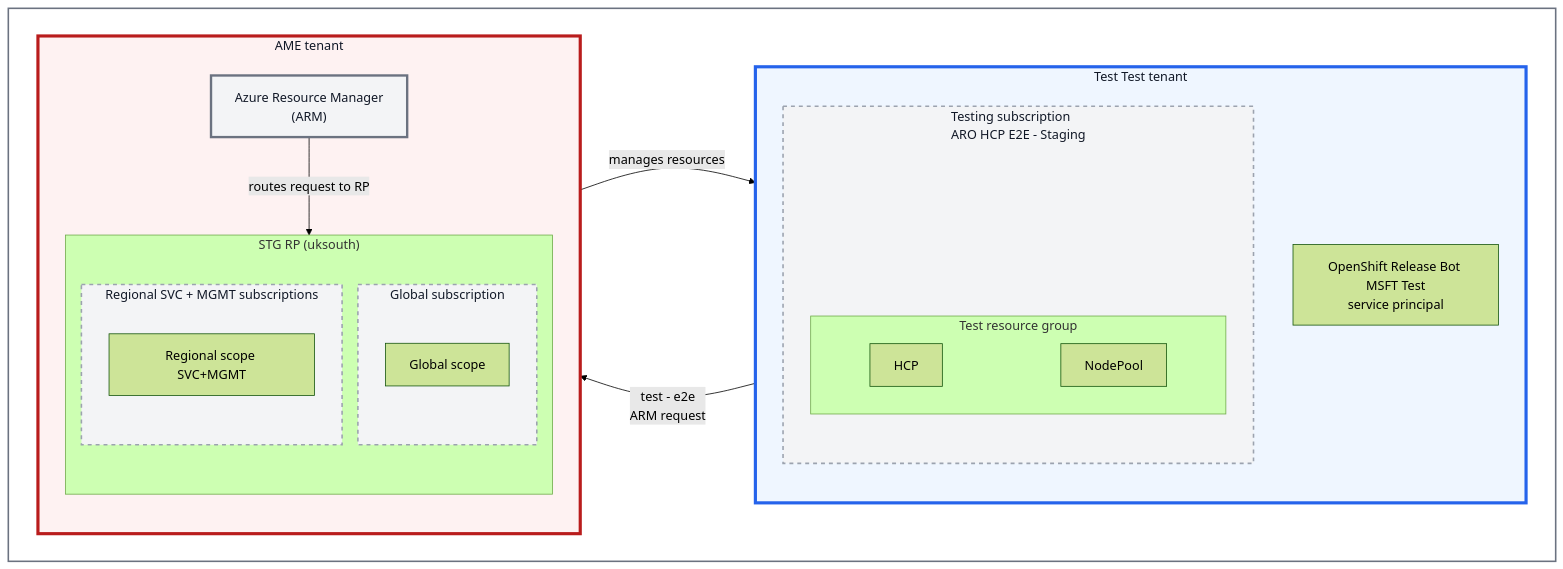
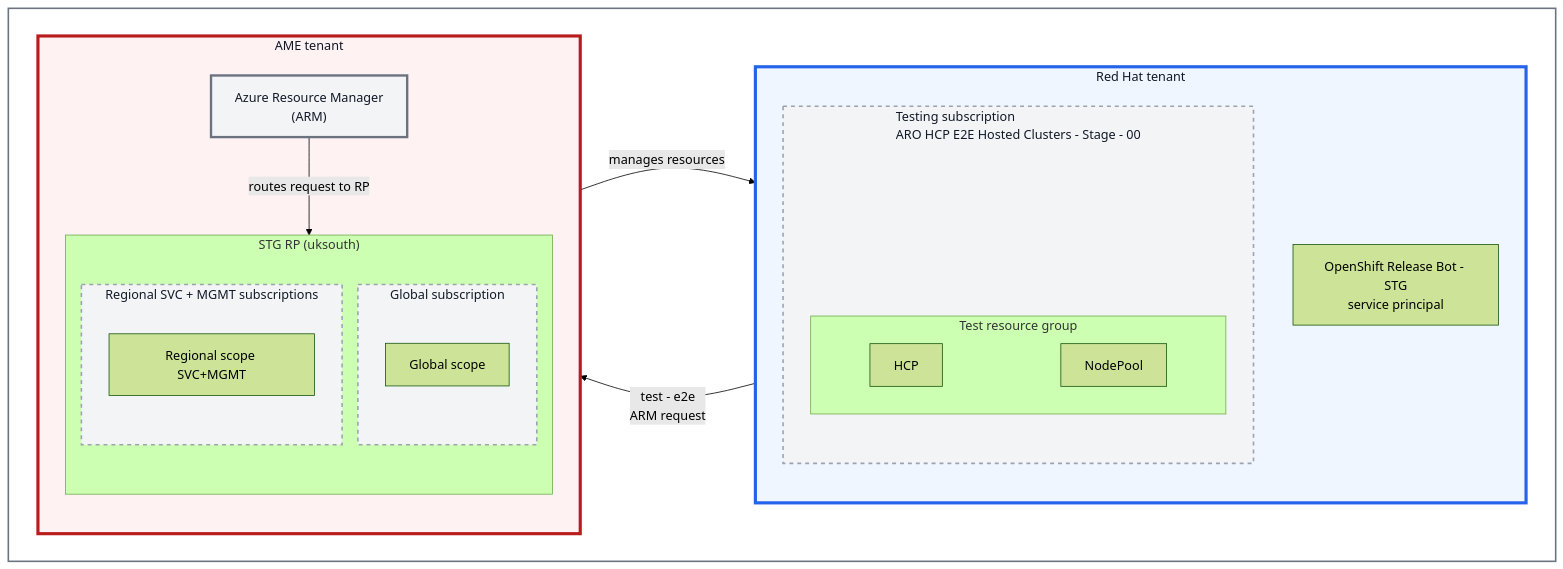
Before and after one commit to Azure/ARO-HCP: the third of 4 diagrams in docs/ci/execution.md, drawn with Mermaid (forest theme). The commit also changed other lines of this file and 4 other files, not shown here.

````diff
--- a/docs/ci/execution.md
+++ b/docs/ci/execution.md
@@ -188,43 +188,43 @@
 ```mermaid
 flowchart LR
     subgraph stgChart[" "]
         direction LR
-        subgraph stgTestTenant["Test Test tenant"]
+        subgraph stgTestTenant["Red Hat tenant"]
             direction TB
-            stgId["OpenShift Release Bot MSFT Test<br/>service principal"]
-            subgraph stgTestSub["Testing subscription<br/>ARO HCP E2E - Staging"]
+            stgId["OpenShift Release Bot - STG<br/>service principal"]
+            subgraph stgTestSub["Testing subscription<br/>ARO HCP E2E Hosted Clusters - Stage - 00"]
                 direction TB
                 stgTestSubPad[".<br/>."]
                 subgraph stgRg["Test resource group"]
                     direction LR
                     stgHcp["HCP"]
                     stgNodePool["NodePool"]
                     stgHcp ~~~ stgNodePool
                 end
                 stgTestSubPad ~~~ stgRg
             end
         end
         subgraph stgSvcTenant["AME tenant"]
             direction TB
             stgArm["Azure Resource Manager<br/>(ARM)"]
             subgraph stgRp["STG RP (uksouth)"]
                 direction TB
                 subgraph stgGlobalSub["Global subscription"]
                     stgGlobal["Global scope"]
                 end
                 subgraph stgRegionalSubs["Regional SVC + MGMT subscriptions"]
                     stgRegional["Regional scope SVC+MGMT"]
                 end
             end
         end
         stgId -->|"test - e2e<br/>ARM request"| stgArm -->|"routes request to RP"| stgRegional -->|"manages resources"| stgRg
     end
     style stgChart fill:#ffffff,stroke:#6b7280,stroke-width:2px,color:transparent
     style stgTestSubPad fill:none,stroke:none,color:transparent
     style stgTestSub fill:#f3f4f6,stroke:#9ca3af,stroke-width:2px,stroke-dasharray: 5 5,color:#111827
     style stgGlobalSub fill:#f3f4f6,stroke:#9ca3af,stroke-width:2px,stroke-dasharray: 5 5,color:#111827
     style stgRegionalSubs fill:#f3f4f6,stroke:#9ca3af,stroke-width:2px,stroke-dasharray: 5 5,color:#111827
     style stgTestTenant fill:#eff6ff,stroke:#2563eb,stroke-width:4px,color:#111827
     style stgArm fill:#f3f4f6,stroke:#6b7280,stroke-width:3px,color:#111827
     style stgSvcTenant fill:#fef2f2,stroke:#b91c1c,stroke-width:4px,color:#111827
 ```
````
